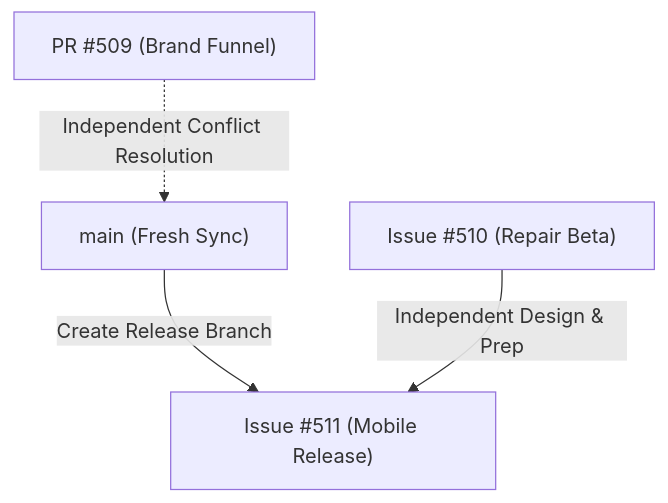
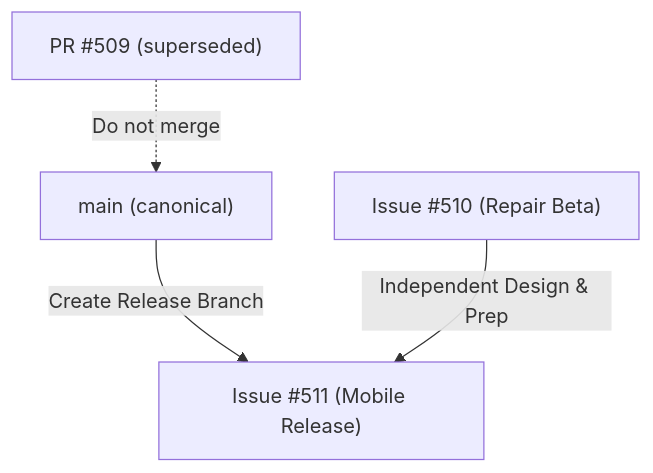
One commit to officeus-create/Hermes changed the diagram in docs/ISSUE_511_MOBILE_RELEASE.md. Above: the diagram before and after it, drawn with Mermaid. The commit also changed other lines of this file and 11 other files, not shown here.

````diff
--- a/docs/ISSUE_511_MOBILE_RELEASE.md
+++ b/docs/ISSUE_511_MOBILE_RELEASE.md
@@ -87,6 +100,6 @@
 ```mermaid
 graph TD
-  509["PR #509 (Brand Funnel)"] -.->|Independent Conflict Resolution| Main["main (Fresh Sync)"]
+  509["PR #509 (superseded)"] -.->|Do not merge| Main["main (canonical)"]
   Main -->|Create Release Branch| 511["Issue #511 (Mobile Release)"]
   510["Issue #510 (Repair Beta)"] -->|Independent Design & Prep| 511
 ```
````
